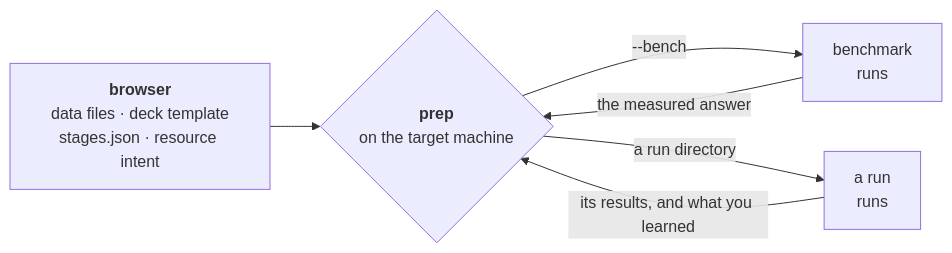
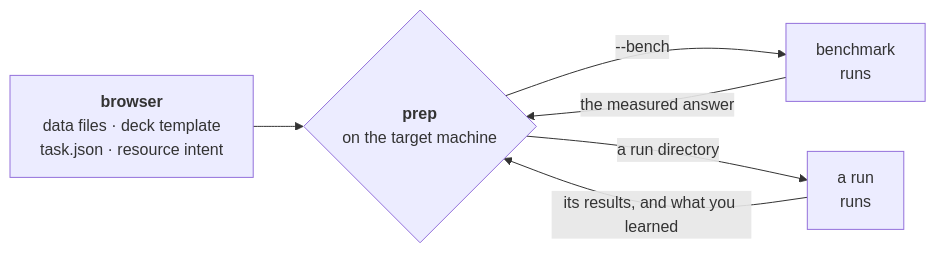
The fifth of 9 diagrams in docs/execution/project-layout.md (Qing-LAB/molbuilder), drawn with Mermaid before and after one commit. The commit also changed other lines of this file and 12 other files, not shown here.

````diff
--- a/docs/execution/project-layout.md
+++ b/docs/execution/project-layout.md
@@ -515,13 +515,13 @@
 ```mermaid
 flowchart LR
-    UI["<b>browser</b><br/>data files · deck template<br/>stages.json · resource intent"]
+    UI["<b>browser</b><br/>data files · deck template<br/>task.json · resource intent"]
     P{"<b>prep</b><br/>on the target machine"}
     B["benchmark<br/>runs"]
     R["a run<br/>runs"]
 
     UI --> P
     P -->|"--bench"| B
     B -->|"the measured answer"| P
     P -->|"a run directory"| R
     R -->|"its results, and what you learned"| P
 ```
````
